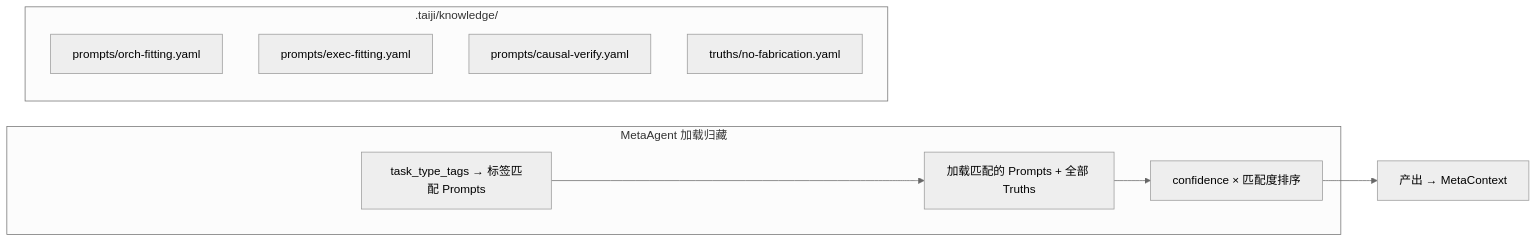
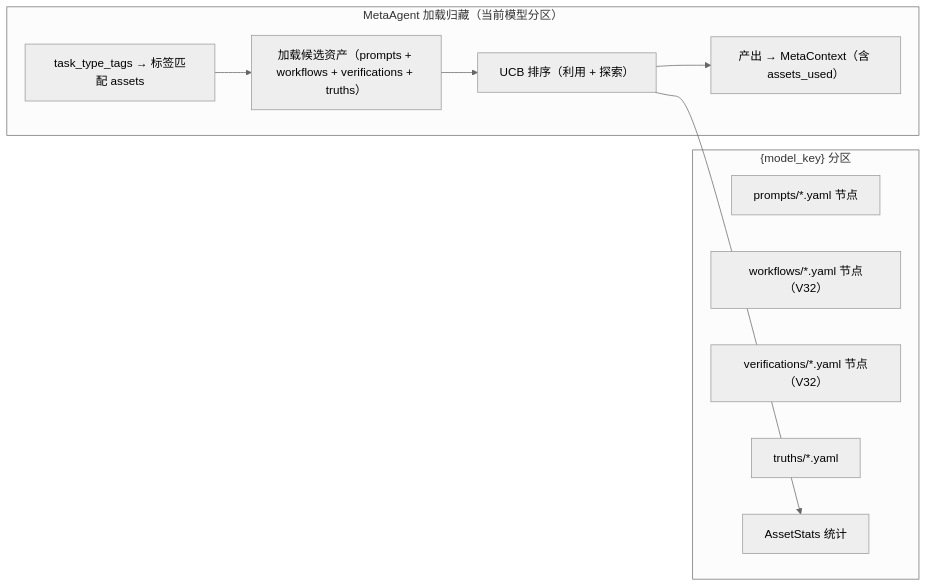
One commit to wenge6090-tech/taiji changed the sixth of 7 diagrams in BCP-蓝图-完型协议.md. Above: the diagram before and after it, drawn with Mermaid (neutral theme). The commit also changed other lines of this file and 1 other file, not shown here.

````diff
--- a/BCP-蓝图-完型协议.md
+++ b/BCP-蓝图-完型协议.md
@@ -732,17 +902,19 @@
 ```mermaid
 flowchart LR
-    subgraph "MetaAgent 加载归藏"
-        QUERY["task_type_tags → 标签匹配 Prompts"]
-        QUERY --> LOAD["加载匹配的 Prompts + 全部 Truths"]
-        LOAD --> RANK["confidence × 匹配度排序"]
+    subgraph "MetaAgent 加载归藏（当前模型分区）"
+        QUERY["task_type_tags → 标签匹配 assets"]
+        QUERY --> LOAD["加载候选资产（prompts + workflows + verifications + truths）"]
+        LOAD --> RANK["UCB 排序（利用 + 探索）"]
+        RANK --> MC["产出 → MetaContext（含 assets_used）"]
     end
 
-    subgraph ".taiji/knowledge/"
-        P1["prompts/orch-fitting.yaml"]
-        P2["prompts/exec-fitting.yaml"]
-        P3["prompts/causal-verify.yaml"]
-        T1["truths/no-fabrication.yaml"]
+    subgraph "{model_key} 分区"
+        P1["prompts/*.yaml 节点"]
+        P2["workflows/*.yaml 节点（V32）"]
+        P3["verifications/*.yaml 节点（V32）"]
+        T1["truths/*.yaml"]
+        S["AssetStats 统计"]
     end
 
-    RANK --> MC["产出 → MetaContext"]
+    RANK --> S
 ```
````
